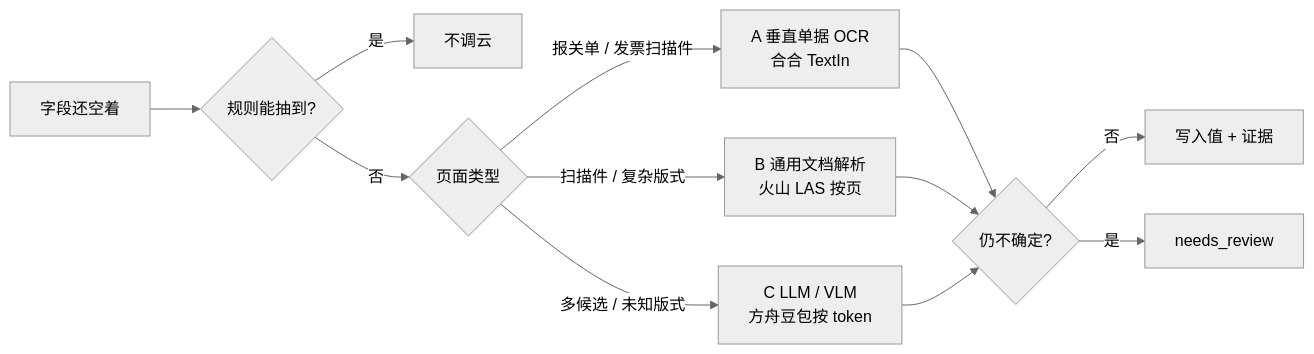
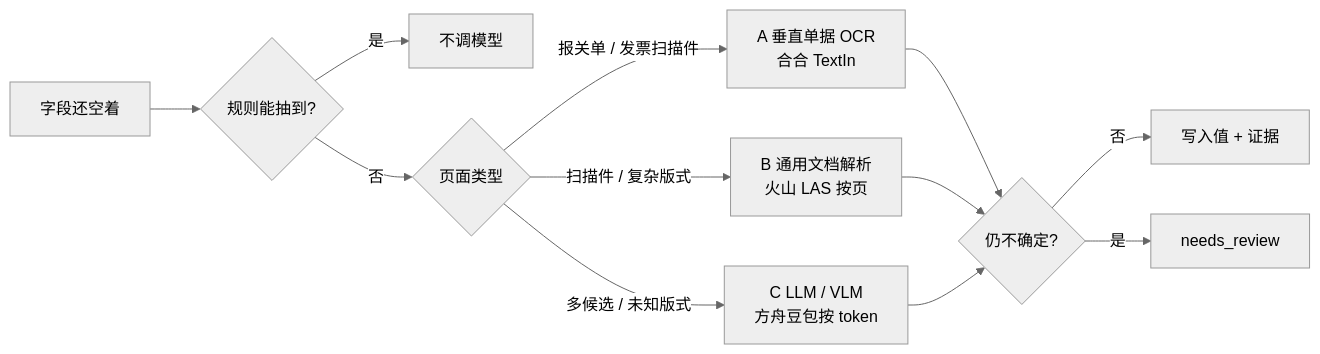
The third of 4 diagrams in README.md (Baldwinzc/docparse), drawn with Mermaid (neutral theme) before and after one commit. The commit also changed other lines of this file and 12 other files, not shown here.

````diff
--- a/README.md
+++ b/README.md
@@ -56,14 +56,14 @@
 ```mermaid
 flowchart LR
     IN[字段还空着] --> R{规则能抽到?}
-    R -->|是| SKIP[不调云]
+    R -->|是| SKIP[不调模型]
     R -->|否| KIND{页面类型}
     KIND -->|报关单 / 发票扫描件| A[A 垂直单据 OCR<br/>合合 TextIn]
     KIND -->|扫描件 / 复杂版式| B[B 通用文档解析<br/>火山 LAS 按页]
     KIND -->|多候选 / 未知版式| C[C LLM / VLM<br/>方舟豆包按 token]
     A --> CHK{仍不确定?}
     B --> CHK
     C --> CHK
     CHK -->|否| OK[写入值 + 证据]
     CHK -->|是| REV[needs_review]
 ```
````
